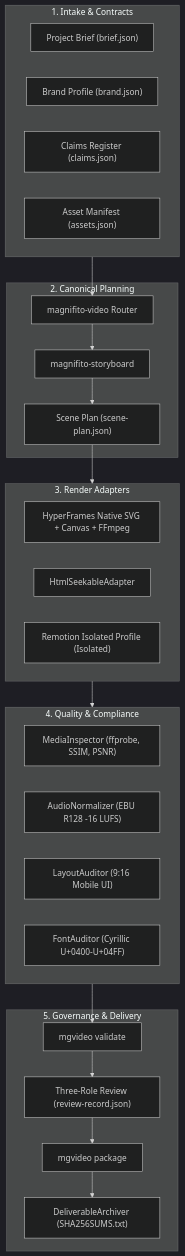
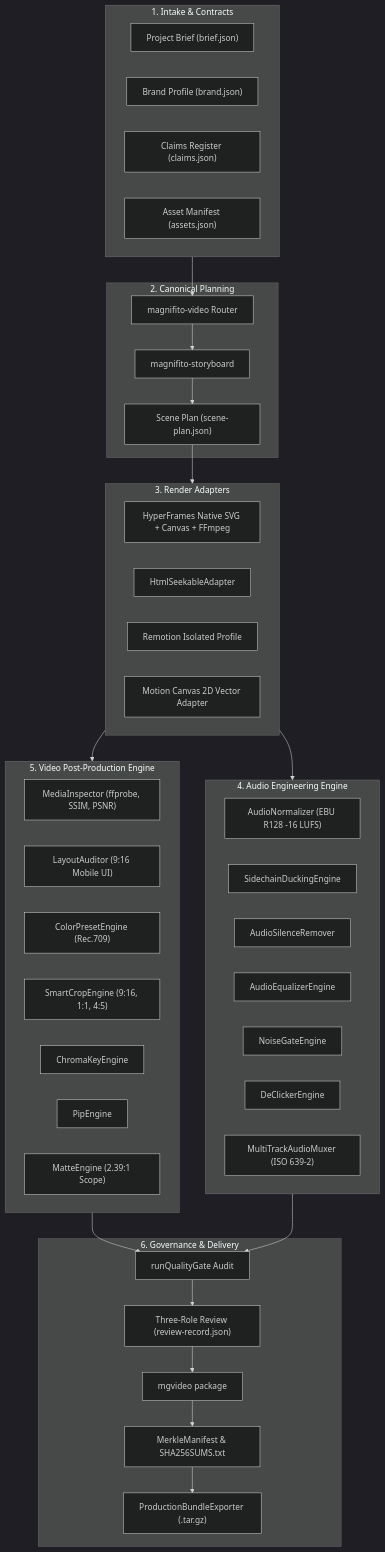
The first of 2 diagrams in docs/ARCHITECTURE.md (magnifito/awesome-video-skills), drawn with Mermaid (dark theme) before and after one commit. The commit also changed other lines of this file and 8 other files, not shown here.

Commit message:
docs: complete enterprise documentation suite across architecture, workflows, contracts, SDK, and engineering standards

````diff
--- a/docs/ARCHITECTURE.md
+++ b/docs/ARCHITECTURE.md
@@ -9,45 +9,63 @@
 ```mermaid
 flowchart TD
     subgraph Intake ["1. Intake & Contracts"]
         Brief["Project Brief (brief.json)"]
         Brand["Brand Profile (brand.json)"]
         Claims["Claims Register (claims.json)"]
         Assets["Asset Manifest (assets.json)"]
     end
 
     subgraph Planning ["2. Canonical Planning"]
         Router["magnifito-video Router"]
         Storyboard["magnifito-storyboard"]
         ScenePlan["Scene Plan (scene-plan.json)"]
     end
 
     subgraph Engine ["3. Render Adapters"]
         HyperFrames["HyperFrames Native SVG + Canvas + FFmpeg"]
         HTML["HtmlSeekableAdapter"]
-        Remotion["Remotion Isolated Profile (Isolated)"]
+        Remotion["Remotion Isolated Profile"]
+        MotionCanvas["Motion Canvas 2D Vector Adapter"]
     end
 
-    subgraph Quality ["4. Quality & Compliance"]
-        Inspector["MediaInspector (ffprobe, SSIM, PSNR)"]
-        Loudness["AudioNormalizer (EBU R128 -16 LUFS)"]
-        SafeZones["LayoutAuditor (9:16 Mobile UI)"]
-        FontAudit["FontAuditor (Cyrillic U+0400-U+04FF)"]
+    subgraph AudioPipeline ["4. Audio Engineering Engine"]
+        Normalizer["AudioNormalizer (EBU R128 -16 LUFS)"]
+        Sidechain["SidechainDuckingEngine"]
+        Silence["AudioSilenceRemover"]
+        Equalizer["AudioEqualizerEngine"]
+        NoiseGate["NoiseGateEngine"]
+        DeClicker["DeClickerEngine"]
+        MultiTrack["MultiTrackAudioMuxer (ISO 639-2)"]
     end
 
-    subgraph Delivery ["5. Governance & Delivery"]
-        Validate["mgvideo validate"]
+    subgraph VideoPipeline ["5. Video Post-Production Engine"]
+        Inspector["MediaInspector (ffprobe, SSIM, PSNR)"]
+        SafeZones["LayoutAuditor (9:16 Mobile UI)"]
+        ColorGrade["ColorPresetEngine (Rec.709)"]
+        SmartCrop["SmartCropEngine (9:16, 1:1, 4:5)"]
+        ChromaKey["ChromaKeyEngine"]
+        Pip["PipEngine"]
+        Matte["MatteEngine (2.39:1 Scope)"]
+    end
+
+    subgraph Governance ["6. Governance & Delivery"]
+        QualityGate["runQualityGate Audit"]
         Review["Three-Role Review (review-record.json)"]
         Package["mgvideo package"]
-        Archive["DeliverableArchiver (SHA256SUMS.txt)"]
+        Merkle["MerkleManifest & SHA256SUMS.txt"]
+        Bundle["ProductionBundleExporter (.tar.gz)"]
     end
 
     Intake --> Router
     Router --> Storyboard
     Storyboard --> ScenePlan
     ScenePlan --> Engine
-    Engine --> Quality
-    Quality --> Validate
-    Validate --> Review
+    Engine --> VideoPipeline
+    Engine --> AudioPipeline
+    VideoPipeline --> QualityGate
+    AudioPipeline --> QualityGate
+    QualityGate --> Review
     Review --> Package
-    Package --> Archive
+    Package --> Merkle
+    Merkle --> Bundle
 ```
````
